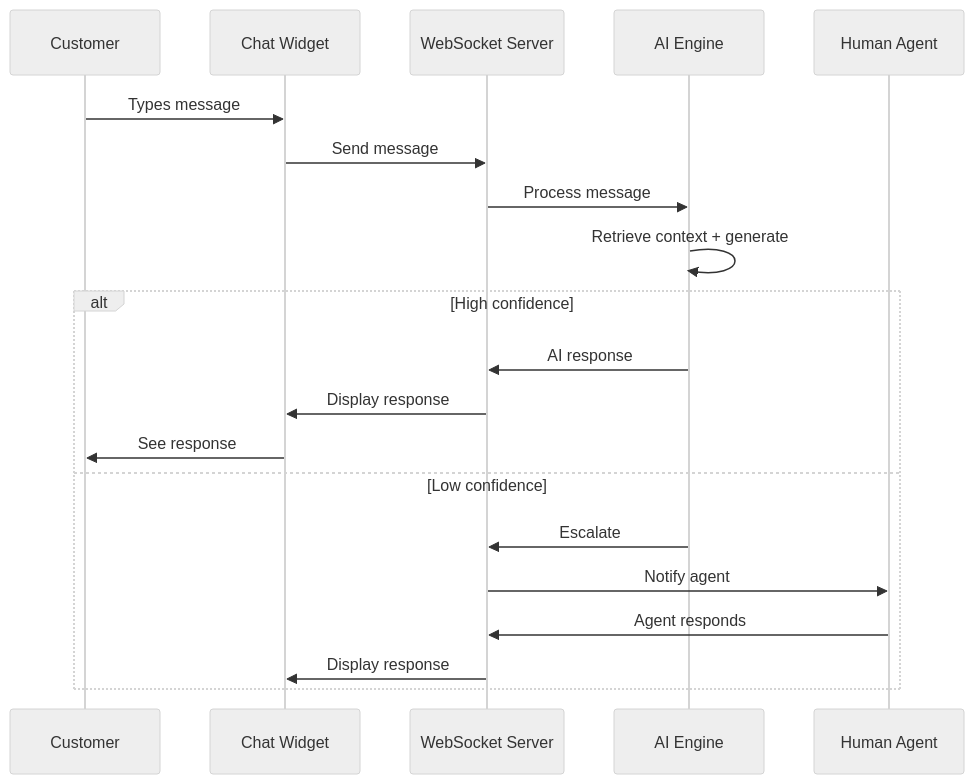
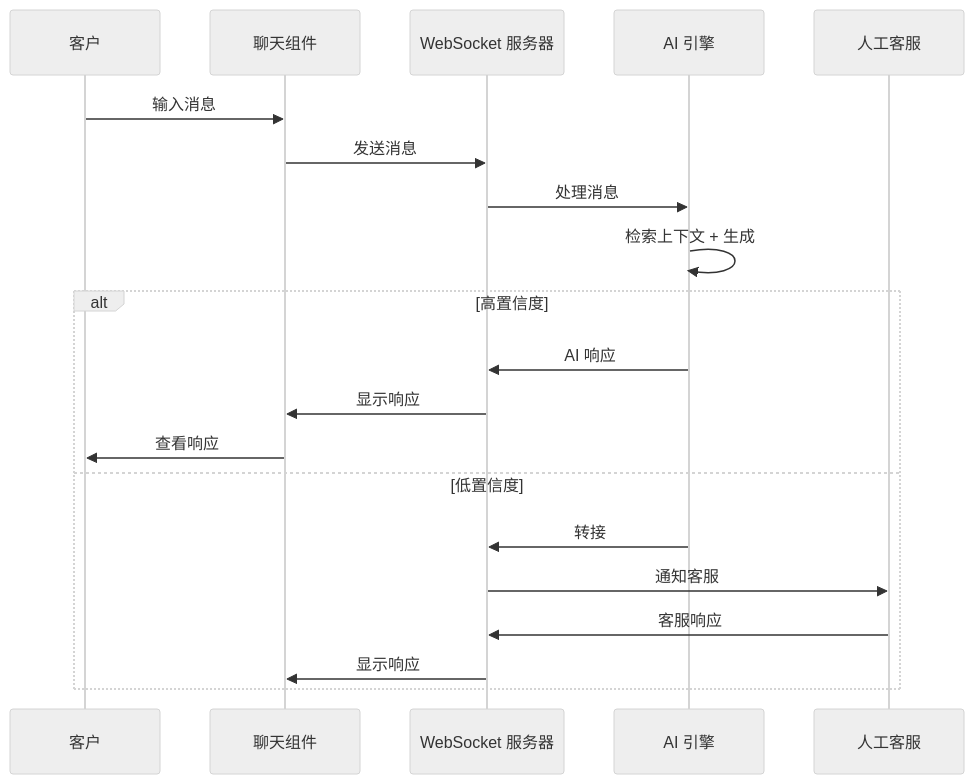
Before and after one commit to stars-labs/ai-driven-customer-service: the second of 3 diagrams in i18n/zh/docusaurus-plugin-content-docs/current/08-integration-patterns.md, drawn with Mermaid (neutral theme). The commit also changed other lines of this file and 15 other files, not shown here.

````diff
--- a/i18n/zh/docusaurus-plugin-content-docs/current/08-integration-patterns.md
+++ b/i18n/zh/docusaurus-plugin-content-docs/current/08-integration-patterns.md
@@ -127,23 +127,23 @@
 ```mermaid
 sequenceDiagram
-    participant Customer
-    participant Chat as Chat Widget
-    participant WS as WebSocket Server
-    participant AI as AI Engine
-    participant Human as Human Agent
+    participant Customer as 客户
+    participant Chat as 聊天组件
+    participant WS as WebSocket 服务器
+    participant AI as AI 引擎
+    participant Human as 人工客服
 
-    Customer->>Chat: Types message
-    Chat->>WS: Send message
-    WS->>AI: Process message
-    AI->>AI: Retrieve context + generate
-    alt High confidence
-        AI->>WS: AI response
-        WS->>Chat: Display response
-        Chat->>Customer: See response
-    else Low confidence
-        AI->>WS: Escalate
-        WS->>Human: Notify agent
-        Human->>WS: Agent responds
-        WS->>Chat: Display response
+    Customer->>Chat: 输入消息
+    Chat->>WS: 发送消息
+    WS->>AI: 处理消息
+    AI->>AI: 检索上下文 + 生成
+    alt 高置信度
+        AI->>WS: AI 响应
+        WS->>Chat: 显示响应
+        Chat->>Customer: 查看响应
+    else 低置信度
+        AI->>WS: 转接
+        WS->>Human: 通知客服
+        Human->>WS: 客服响应
+        WS->>Chat: 显示响应
     end
 ```
````
